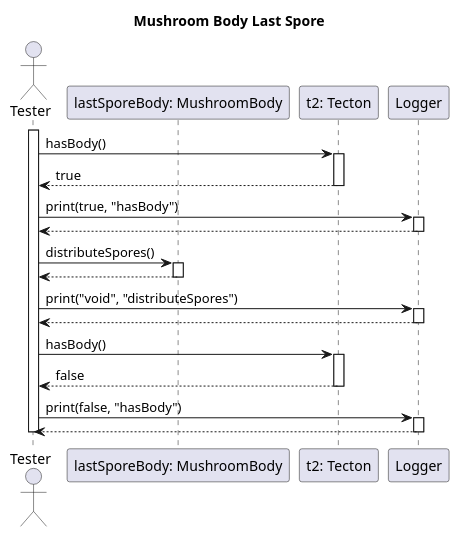
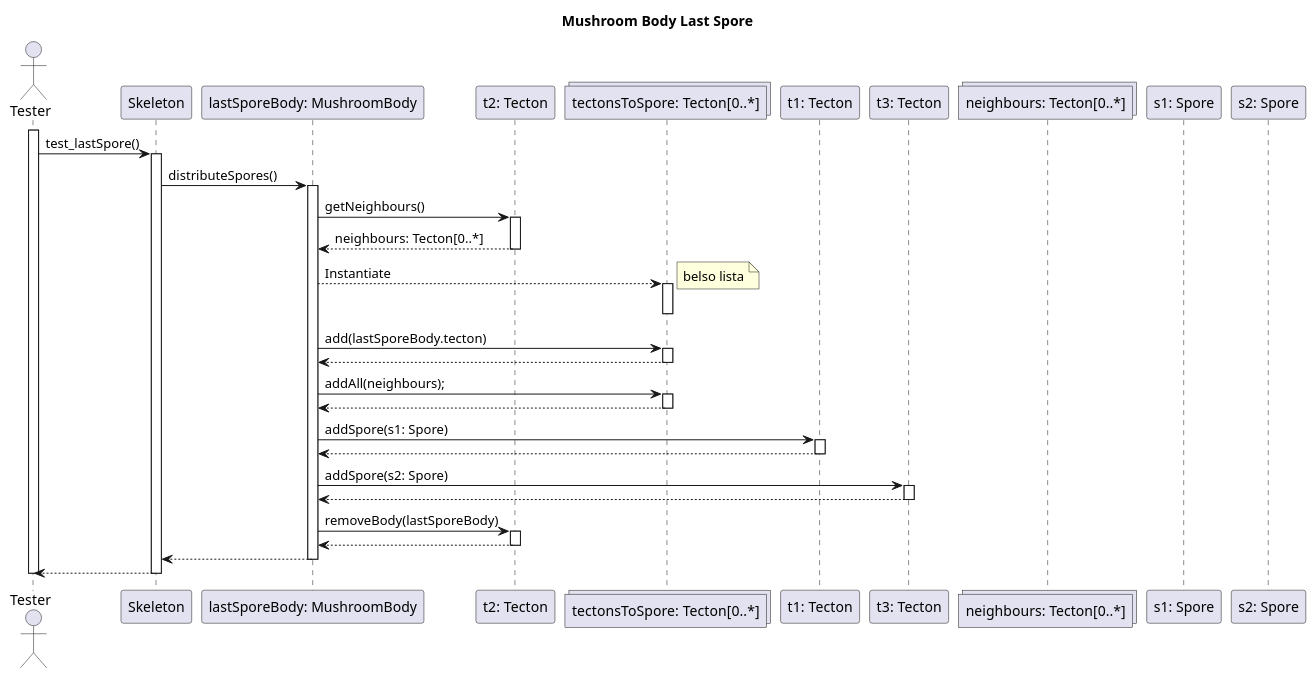
Before and after one commit to dzsem/projlab: the diagram in diagrams/test-sequence/mushroom/mushroomBodyLastSpore.wsd, drawn with PlantUML.

Commit message:
Fixed mushroomBodyLastSpore

```diff
--- a/diagrams/test-sequence/mushroom/mushroomBodyLastSpore.wsd
+++ b/diagrams/test-sequence/mushroom/mushroomBodyLastSpore.wsd
@@ -1,46 +1,82 @@
 @startuml Mushroom Body Last Spore
 
 title Mushroom Body Last Spore
 
 actor "Tester" as tester
+participant "Skeleton" as skeleton
 participant "lastSporeBody: MushroomBody" as lsmb
 participant "t2: Tecton" as t2
-participant "Logger" as logger
+
+collections "tectonsToSpore: Tecton[0..*]" as tectons
+
+participant "t1: Tecton" as t1
+participant "t3: Tecton" as t3
+
+collections "neighbours: Tecton[0..*]"
+participant "s1: Spore"
+participant "s2: Spore"
 
 activate tester
+tester -> skeleton: test_lastSpore()
+activate skeleton
 
-tester -> t2: hasBody()
+
+' BEGIN COPY
+skeleton -> lsmb: distributeSpores() 
+activate lsmb
+lsmb -> t2 : getNeighbours()
 activate t2
-t2 --> tester: true
+t2 --> lsmb : neighbours: Tecton[0..*]
 deactivate t2
 
-tester -> logger: print(true, "hasBody")
-activate logger
-logger --> tester
-deactivate logger 
+lsmb --> tectons: Instantiate
+note right: belso lista
+activate tectons
+deactivate tectons
 
-tester -> lsmb: distributeSpores()
-activate lsmb
-lsmb --> tester
+lsmb -> tectons: add(lastSporeBody.tecton)
+activate tectons
+tectons --> lsmb
+deactivate tectons
+
+lsmb -> tectons: addAll(neighbours);
+activate tectons
+tectons --> lsmb
+deactivate tectons
+
+' CANT REUSE
+' loop for each tectonToSpore in tectonsToSpore
+'     body -> tectonToSpore : addSpore(spore: Spore)
+'     activate tectonToSpore
+'     tectonToSpore --> body 
+'     deactivate tectonToSpore
+' 
+' end
+
+lsmb -> t1: addSpore(s1: Spore)
+activate t1
+t1 --> lsmb
+deactivate t1
+
+
+lsmb -> t3: addSpore(s2: Spore)
+activate t3
+t3 --> lsmb
+deactivate t3
+
+lsmb -> t2 : removeBody(lastSporeBody)
+activate t2
+t2 --> lsmb
+deactivate t2
+
+lsmb --> skeleton
 deactivate lsmb
 
-tester -> logger: print("void", "distributeSpores")
-activate logger
-logger --> tester
-deactivate logger 
+' END COPY
 
-tester -> t2: hasBody()
-activate t2
-t2 --> tester: false
-deactivate t2
-
-tester -> logger: print(false, "hasBody")
-activate logger
-logger --> tester
-deactivate logger 
-
-
+skeleton --> tester
+deactivate skeleton
 
 deactivate tester
 
 @enduml
```
